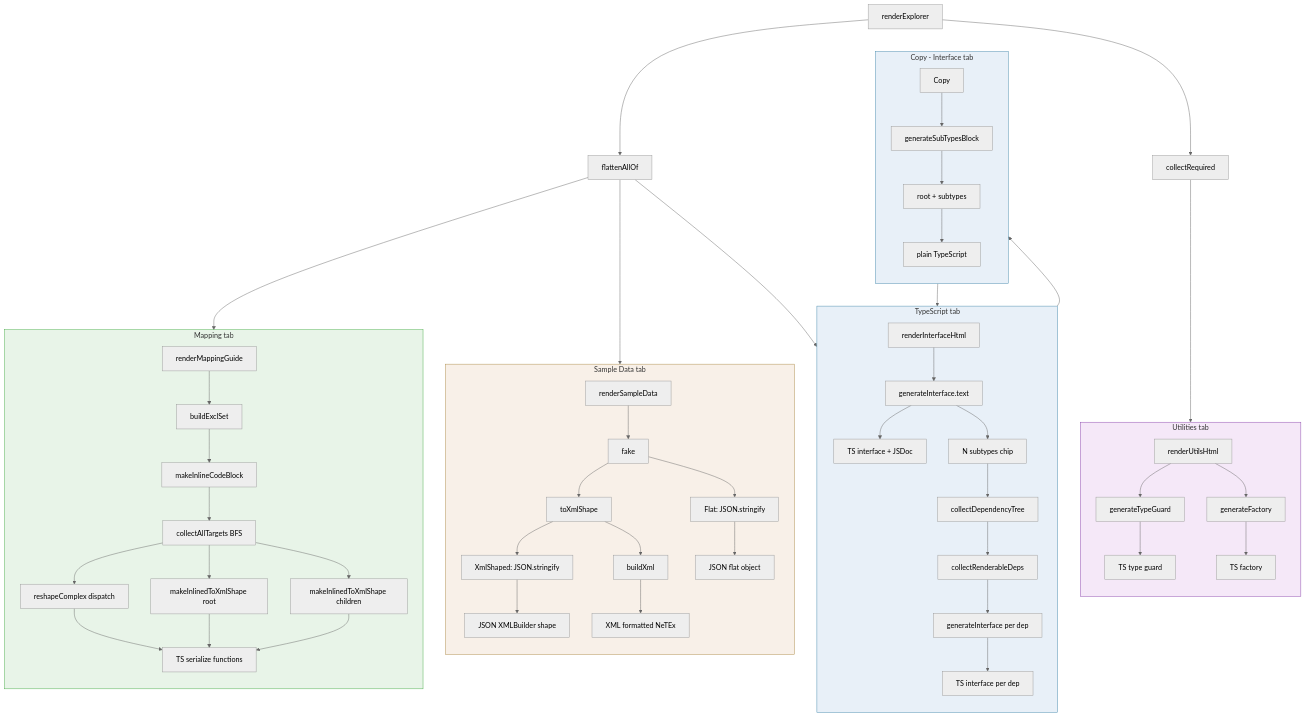
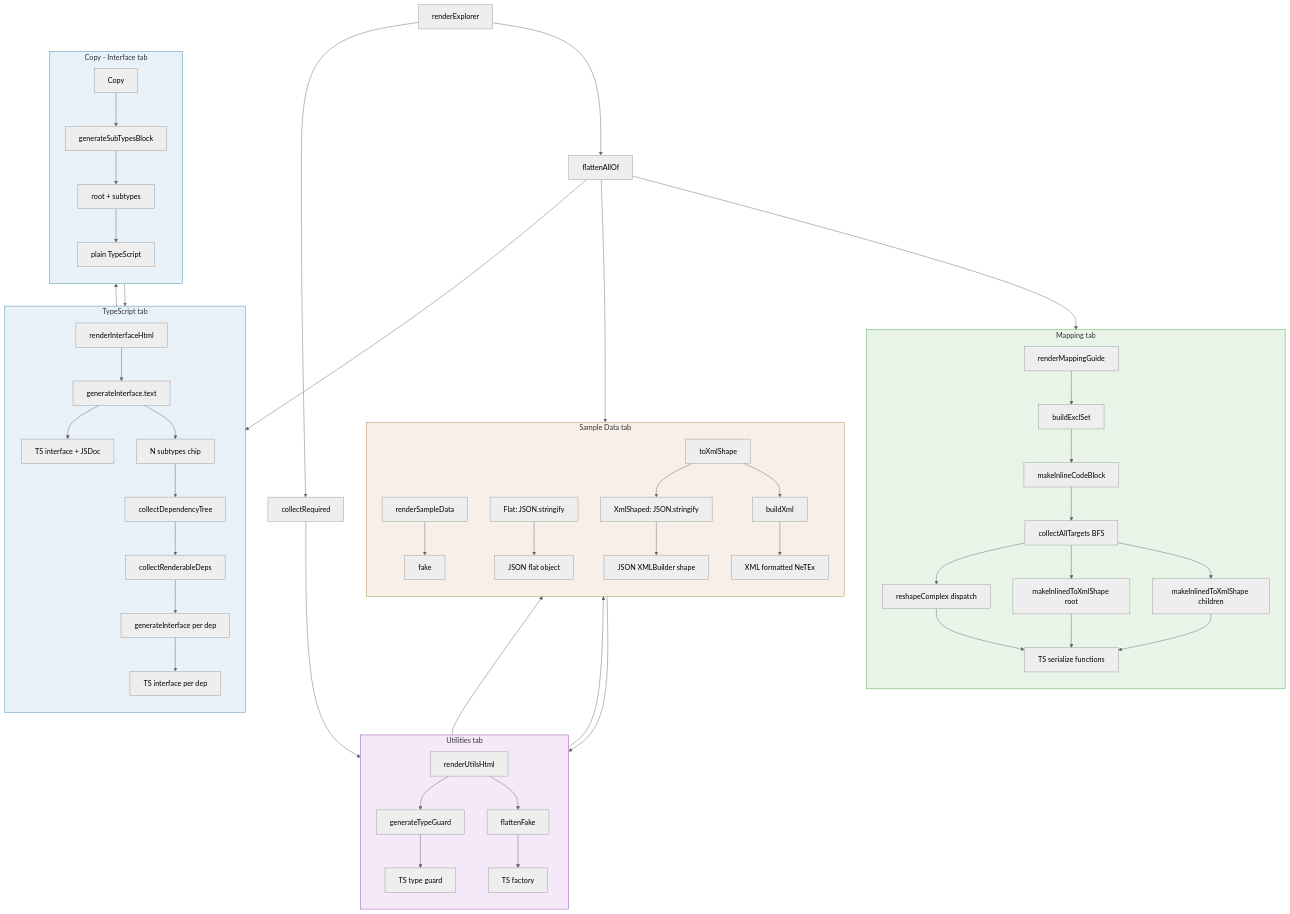
One commit to entur/netex-typescript-model changed the diagram in html-ts-gen/CODEGEN_FLOW.md. Above: the diagram before and after it, drawn with Mermaid (neutral theme). The commit also changed other lines of this file and 1 other file, not shown here.

Commit message:
Update docs to reflect PR33 changes (flattenFake, wrapArr, typed option)

````diff
--- a/html-ts-gen/CODEGEN_FLOW.md
+++ b/html-ts-gen/CODEGEN_FLOW.md
@@ -5,69 +5,70 @@
 ```mermaid
 flowchart TB
     entry[renderExplorer] --> flatProps[flattenAllOf]
     entry --> flatReq[collectRequired]
 
     flatProps --> TS1
     flatProps --> MAP
     flatProps --> SAMPLE
     flatReq --> UTIL
 
     subgraph TS1["TypeScript tab"]
         direction TB
         ri[renderInterfaceHtml] --> gi[generateInterface]
         gi --> ts1out["TS interface + JSDoc"]
         gi --> chip["N subtypes chip"]
         chip --> cdt[collectDependencyTree]
         cdt --> crd[collectRenderableDeps]
         crd --> gi2["generateInterface per dep"]
         gi2 --> ts2out["TS interface per dep"]
     end
 
     subgraph COPY_TS["Copy - Interface tab"]
         direction TB
         copybtn[Copy] --> gi["generateInterface.text"]
         copybtn --> gstb[generateSubTypesBlock]
         gi --> merge["root + subtypes"]
         gstb --> merge
         merge --> clipboard["plain TypeScript"]
     end
 
     subgraph MAP["Mapping tab"]
         direction TB
         rmg[renderMappingGuide] --> bes[buildExclSet]
         bes --> micb[makeInlineCodeBlock]
         micb --> cat[collectAllTargets BFS]
         cat --> dispatch[reshapeComplex dispatch]
         cat --> rootfn["makeInlinedToXmlShape root"]
         cat --> childfn["makeInlinedToXmlShape children"]
         dispatch --> mapout["TS serialize functions"]
         rootfn --> mapout
         childfn --> mapout
     end
 
     subgraph UTIL["Utilities tab"]
         direction TB
         ru[renderUtilsHtml] --> tg[generateTypeGuard]
         ru --> ff[generateFactory]
         tg --> utilout1["TS type guard"]
         ff --> utilout2["TS factory"]
     end
 
     subgraph SAMPLE["Sample Data tab"]
         direction TB
         rsd[renderSampleData] --> fake[fake]
-        fake --> pill1["Flat: JSON.stringify"]
-        fake --> txs[toXmlShape]
+        fake --> ff[flattenFake]
+        ff --> pill1["Flat: JSON.stringify"]
+        ff --> txs[toXmlShape]
         txs --> pill2["XmlShaped: JSON.stringify"]
         txs --> bxml[buildXml]
         pill1 --> json1out["JSON flat object"]
         pill2 --> json2out["JSON XMLBuilder shape"]
         bxml --> xmlout["XML formatted NeTEx"]
     end
 
     style TS1 fill:#e8f0f8,stroke:#48a
     style COPY_TS fill:#e8f0f8,stroke:#48a
     style MAP fill:#e8f4e8,stroke:#4a4
     style UTIL fill:#f5e8f8,stroke:#84a
     style SAMPLE fill:#f8f0e8,stroke:#a84
 ```
````
